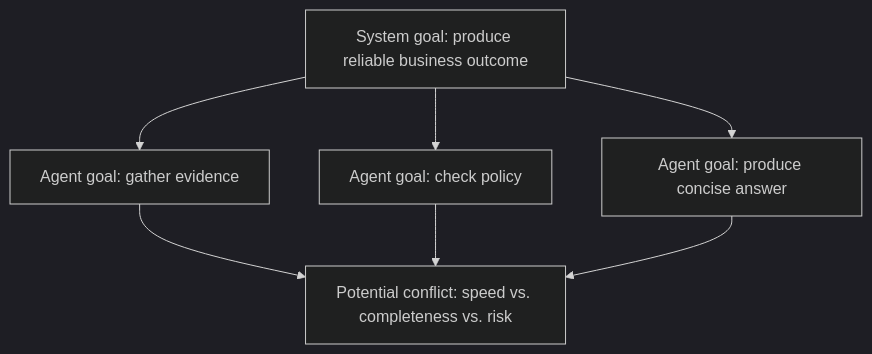
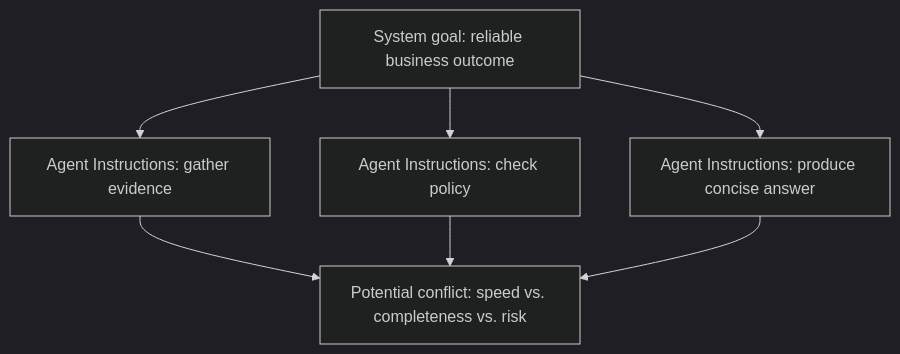
The third of 12 diagrams in book/chapters/chapter-03-multi-agent-systems-and-collaboration.md (naren-allam/agents-beginners), drawn with Mermaid (dark theme) before and after one commit. The commit also changed other lines of this file and 28 other files, not shown here.

````diff
--- a/book/chapters/chapter-03-multi-agent-systems-and-collaboration.md
+++ b/book/chapters/chapter-03-multi-agent-systems-and-collaboration.md
@@ -64,15 +66,15 @@
 ```mermaid
 flowchart TD
-    SystemGoal["System goal: produce reliable business outcome"]
-    Agent1Goal["Agent goal: gather evidence"]
-    Agent2Goal["Agent goal: check policy"]
-    Agent3Goal["Agent goal: produce concise answer"]
+    SystemGoal["System goal: reliable business outcome"]
+    Agent1Goal["Agent Instructions: gather evidence"]
+    Agent2Goal["Agent Instructions: check policy"]
+    Agent3Goal["Agent Instructions: produce concise answer"]
     Conflict["Potential conflict: speed vs. completeness vs. risk"]
 
     SystemGoal --> Agent1Goal
     SystemGoal --> Agent2Goal
     SystemGoal --> Agent3Goal
     Agent1Goal --> Conflict
     Agent2Goal --> Conflict
     Agent3Goal --> Conflict
 ```
````
